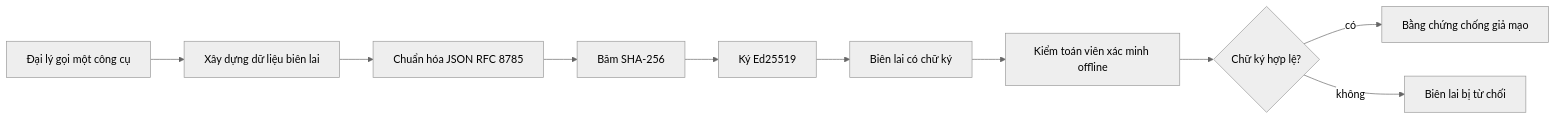
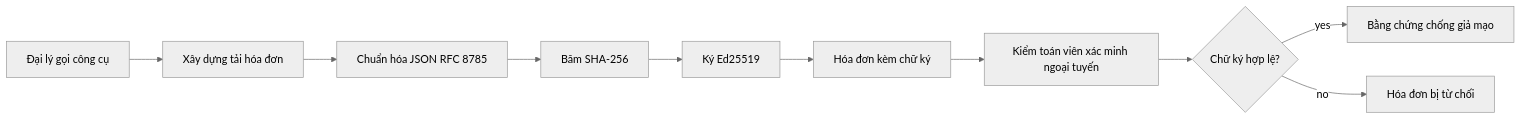
One commit to gabrielmoreira/agent-skills-mirror changed the first of 2 diagrams in mirrors/repos/microsoft@ai-agents-for-beginners/translations/vi/18-securing-ai-agents/README.md. Above: the diagram before and after it, drawn with Mermaid (neutral theme). The commit also changed other lines of this file and 8886 other files, not shown here.

````diff
--- a/mirrors/repos/microsoft@ai-agents-for-beginners/translations/vi/18-securing-ai-agents/README.md
+++ b/mirrors/repos/microsoft@ai-agents-for-beginners/translations/vi/18-securing-ai-agents/README.md
@@ -51,12 +51,12 @@
 ```mermaid
 flowchart LR
-    A[Đại lý gọi một công cụ] --> B[Xây dựng dữ liệu biên lai]
+    A[Đại lý gọi công cụ] --> B[Xây dựng tải hóa đơn]
     B --> C[Chuẩn hóa JSON RFC 8785]
     C --> D[Băm SHA-256]
     D --> E[Ký Ed25519]
-    E --> F[Biên lai có chữ ký]
-    F --> G[Kiểm toán viên xác minh offline]
+    E --> F[Hóa đơn kèm chữ ký]
+    F --> G[Kiểm toán viên xác minh ngoại tuyến]
     G --> H{Chữ ký hợp lệ?}
-    H -- có --> I[Bằng chứng chống giả mạo]
-    H -- không --> J[Biên lai bị từ chối]
+    H -- yes --> I[Bằng chứng chống giả mạo]
+    H -- no --> J[Hóa đơn bị từ chối]
 ```
````
